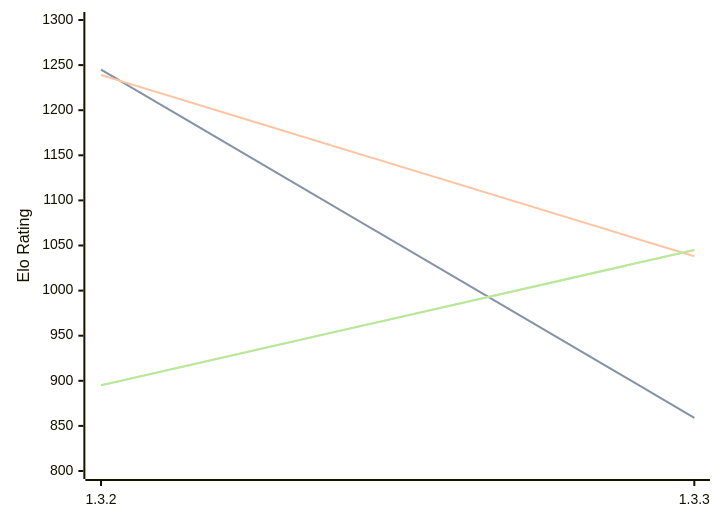
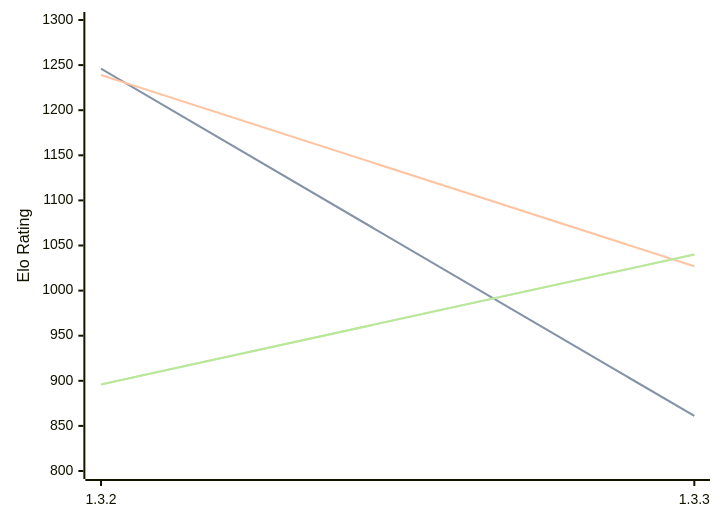
The diagram in engines/Whitespine.md (computer-chess-index/cci), drawn with Mermaid before and after one commit. The commit also changed other lines of this file, not shown here.

Commit message:
Update CCI Ratings (ELO VLTC) - 2026-04-25

````diff
--- a/engines/Whitespine.md
+++ b/engines/Whitespine.md
@@ -35,11 +35,11 @@
 ```mermaid
 %%{init: {"theme":"base","themeVariables":{"seriesColors:['#a3a3a3','#222221','#faa371']}}}%%
 xychart-beta
   x-axis ["1.3.2", "1.3.3"]
   y-axis "Elo Rating" 800 --> 1300
-  line "STC (8.0+0.08s)" [1245, 859]
-  line "STC (8.0+0.08s)" [1245, 859]
-  line "LTC (60.0+0.60s)" [1239, 1038]
-  line "VLTC (2m24s+1.12s)" [895, 1045]
-  line "VLTC (2m24s+1.12s)" [895, 1045]
+  line "STC (8.0+0.08s)" [1246, 861]
+  line "STC (8.0+0.08s)" [1246, 861]
+  line "LTC (60.0+0.60s)" [1239, 1027]
+  line "VLTC (2m24s+1.12s)" [896, 1040]
+  line "VLTC (2m24s+1.12s)" [896, 1040]
 ```
````
